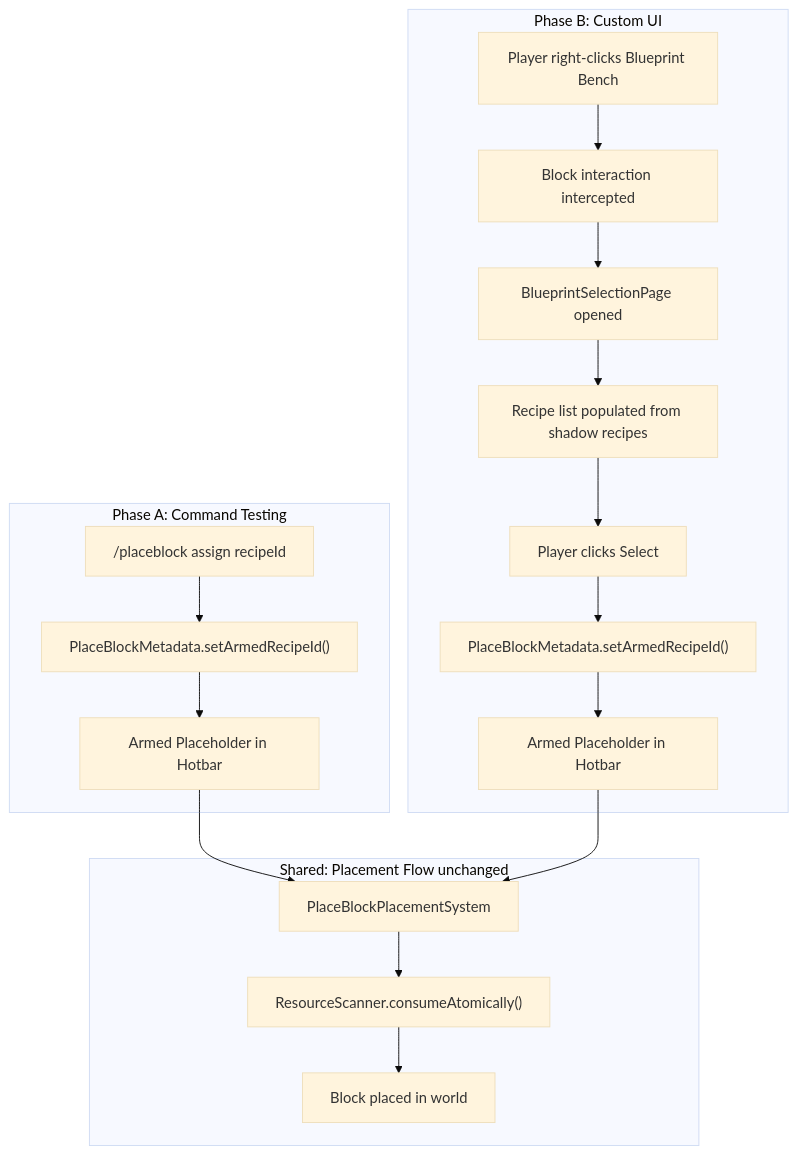
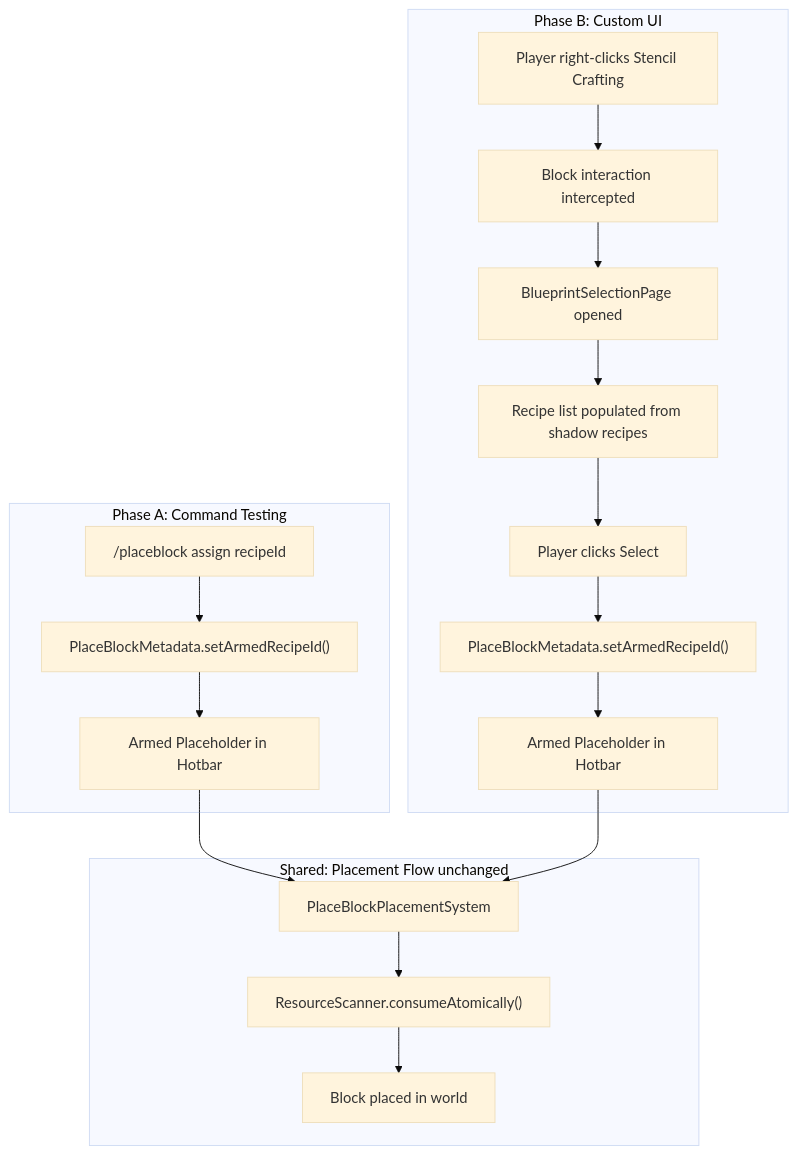
Before and after one commit to TheCodeCreature/Hytale-Example-Plugin: the first of 3 diagrams in docs/Plans/design-Blueprint-Book-custom-ui.md, drawn with Mermaid (base theme). The commit also changed other lines of this file and 78 other files, not shown here.

First line of the commit message:
Refactor Blueprint Bench to Stencil Crafting

````diff
--- a/docs/Plans/design-Blueprint-Book-custom-ui.md
+++ b/docs/Plans/design-Blueprint-Book-custom-ui.md
@@ -18,23 +18,23 @@
 ```mermaid
 graph TB
     subgraph "Phase A: Command Testing"
         CMD["/placeblock assign recipeId"] --> META["PlaceBlockMetadata.setArmedRecipeId()"]
         META --> ARMED["Armed Placeholder in Hotbar"]
     end
 
     subgraph "Phase B: Custom UI"
-        INTERACT["Player right-clicks Blueprint Bench"] --> INTERCEPT["Block interaction intercepted"]
+        INTERACT["Player right-clicks Stencil Crafting"] --> INTERCEPT["Block interaction intercepted"]
         INTERCEPT --> PAGE["BlueprintSelectionPage opened"]
         PAGE --> LIST["Recipe list populated from shadow recipes"]
         LIST --> SELECT["Player clicks Select"]
         SELECT --> META2["PlaceBlockMetadata.setArmedRecipeId()"]
         META2 --> ARMED2["Armed Placeholder in Hotbar"]
     end
 
     subgraph "Shared: Placement Flow unchanged"
         ARMED --> PLACE["PlaceBlockPlacementSystem"]
         ARMED2 --> PLACE
         PLACE --> SCAN["ResourceScanner.consumeAtomically()"]
         SCAN --> BLOCK["Block placed in world"]
     end
 ```
````
